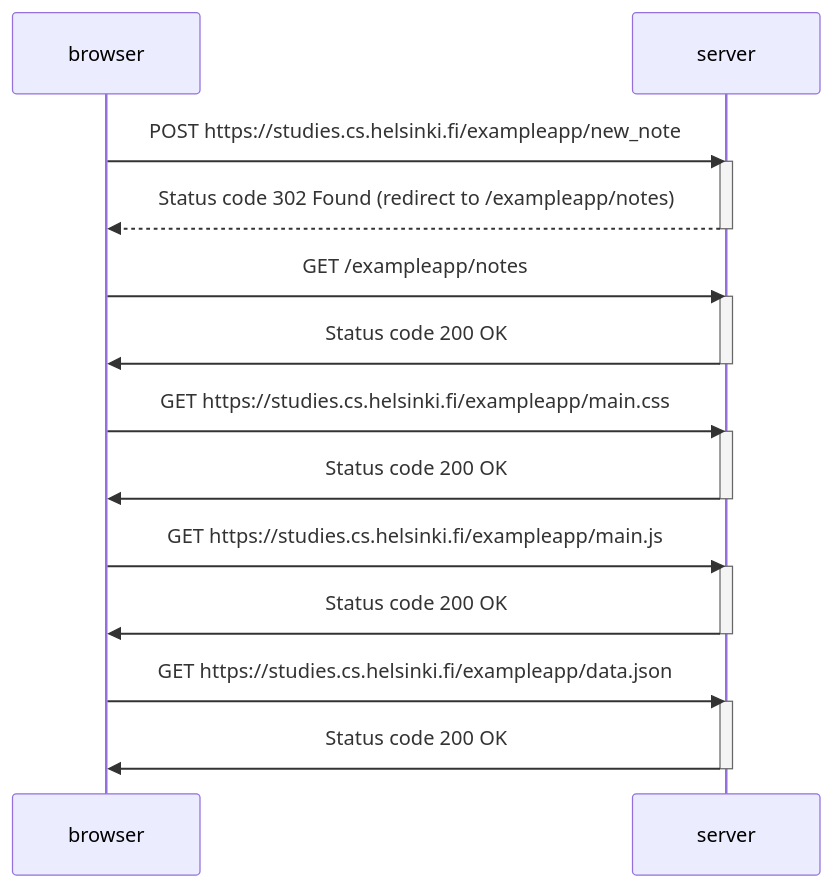
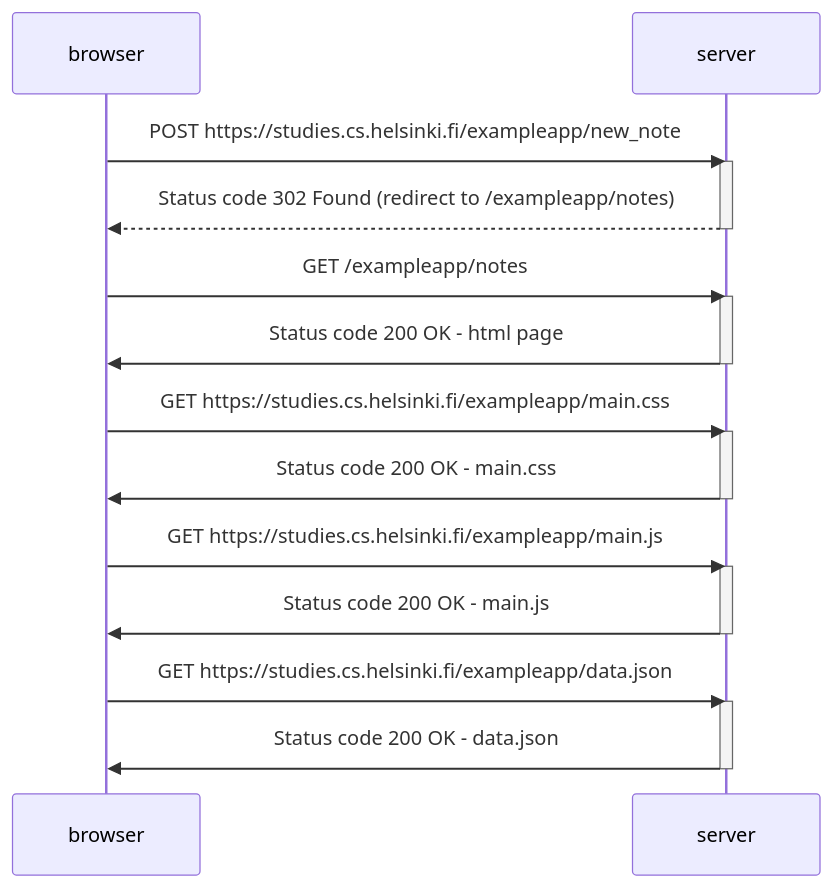
The diagram in part0/note_diagram.md (andrastarsoly/fullstackopen), drawn with Mermaid before and after one commit. The commit also changed 1 other file, not shown here.

````diff
--- a/part0/note_diagram.md
+++ b/part0/note_diagram.md
@@ -1,25 +1,25 @@
 ```mermaid
 sequenceDiagram
     participant browser
     participant server
     browser->>server: POST https://studies.cs.helsinki.fi/exampleapp/new_note
     activate server
     server-->>browser: Status code 302 Found (redirect to /exampleapp/notes)
     deactivate server
     browser->>server: GET /exampleapp/notes
     activate server
-    server->>browser: Status code 200 OK
+    server->>browser: Status code 200 OK - html page
     deactivate server
     browser->>server: GET https://studies.cs.helsinki.fi/exampleapp/main.css
     activate server
-    server->>browser: Status code 200 OK
+    server->>browser: Status code 200 OK - main.css
     deactivate server
     browser->>server: GET https://studies.cs.helsinki.fi/exampleapp/main.js
     activate server
-    server->>browser: Status code 200 OK
+    server->>browser: Status code 200 OK - main.js
     deactivate server
     browser->>server: GET https://studies.cs.helsinki.fi/exampleapp/data.json
     activate server
-    server->>browser: Status code 200 OK
+    server->>browser: Status code 200 OK - data.json
     deactivate server
 ```
````
